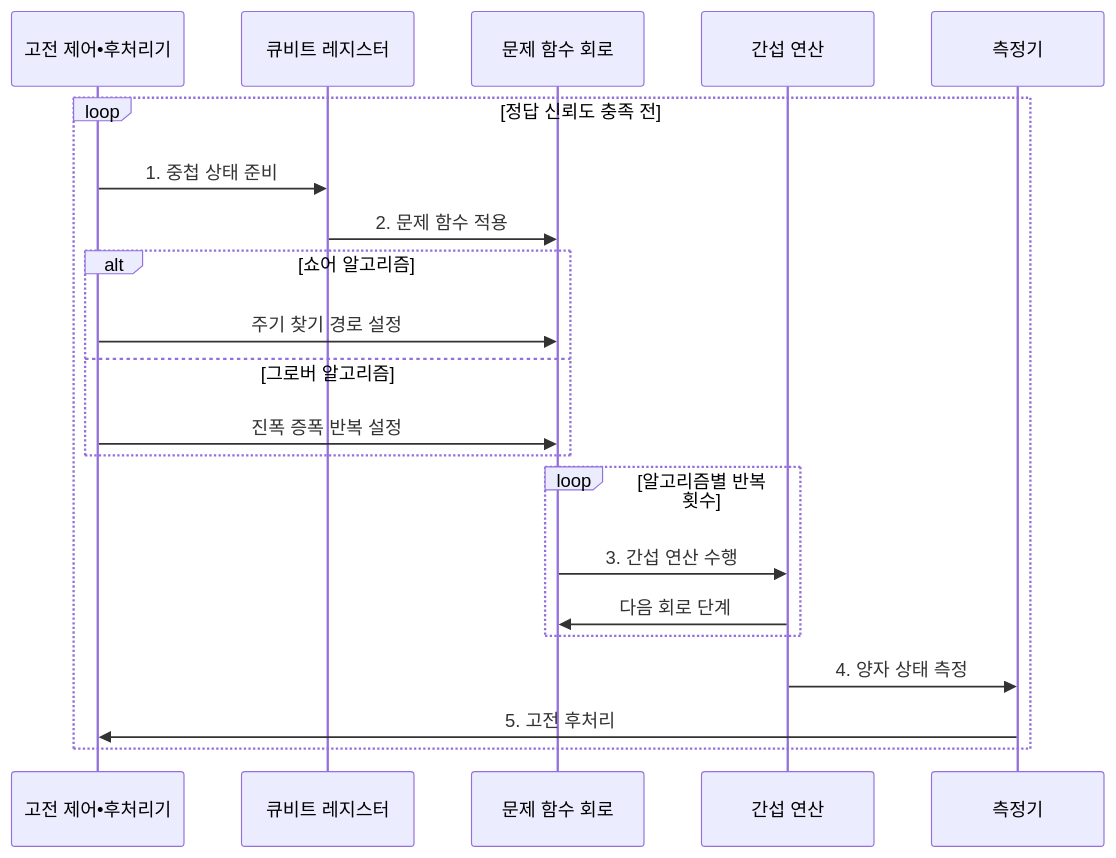
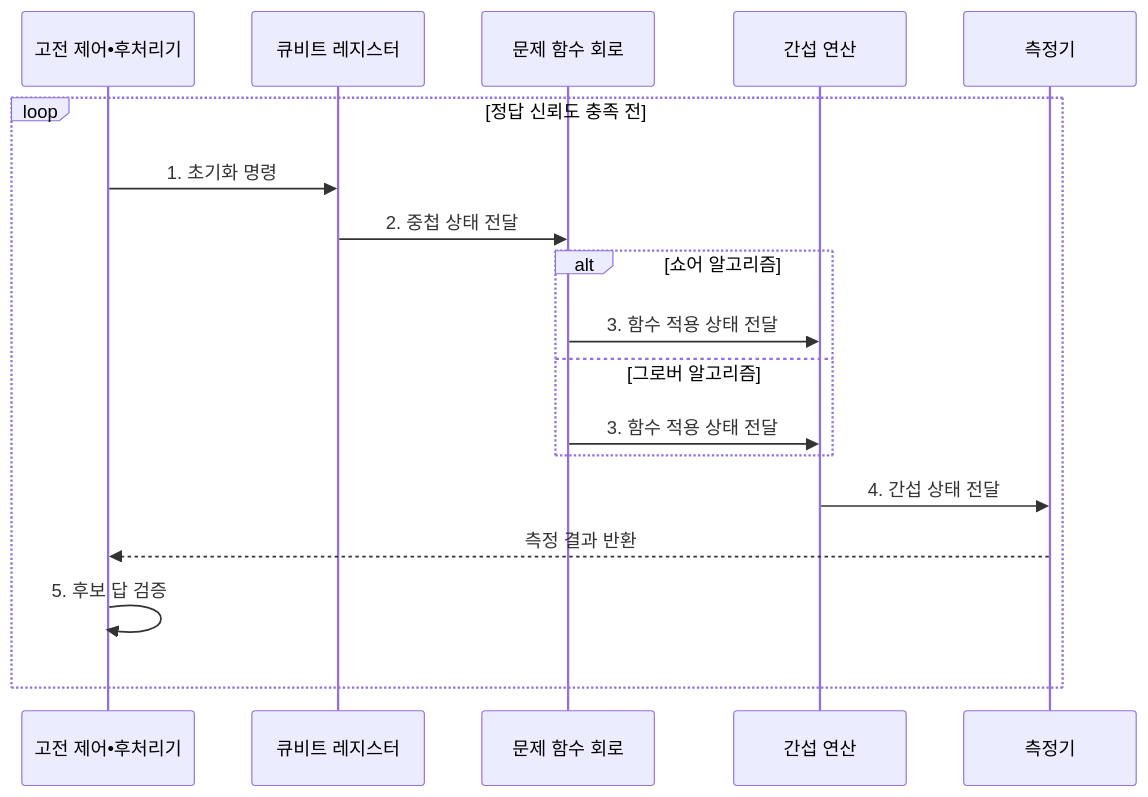
The second of 2 diagrams in src/content/docs/notes/01-basic-theory/062_quantum_algo_shor_grover.md (agnusdei1207/knowledge-base), drawn with Mermaid before and after one commit. The commit also changed other lines of this file and 5 other files, not shown here.

````diff
--- a/src/content/docs/notes/01-basic-theory/062_quantum_algo_shor_grover.md
+++ b/src/content/docs/notes/01-basic-theory/062_quantum_algo_shor_grover.md
@@ -94,23 +100,20 @@
 ```mermaid
 sequenceDiagram
     participant C as 고전 제어•후처리기
     participant R as 큐비트 레지스터
     participant F as 문제 함수 회로
     participant I as 간섭 연산
     participant M as 측정기
     loop 정답 신뢰도 충족 전
-        C->>R: 1. 중첩 상태 준비
-        R->>F: 2. 문제 함수 적용
+        C->>R: 1. 초기화 명령
+        R->>F: 2. 중첩 상태 전달
         alt 쇼어 알고리즘
-            C->>F: 주기 찾기 경로 설정
+            F->>I: 3. 함수 적용 상태 전달
         else 그로버 알고리즘
-            C->>F: 진폭 증폭 반복 설정
+            F->>I: 3. 함수 적용 상태 전달
         end
-        loop 알고리즘별 반복 횟수
-            F->>I: 3. 간섭 연산 수행
-            I->>F: 다음 회로 단계
-        end
-        I->>M: 4. 양자 상태 측정
-        M->>C: 5. 고전 후처리
+        I->>M: 4. 간섭 상태 전달
+        M-->>C: 측정 결과 반환
+        C->>C: 5. 후보 답 검증
     end
 ```
````
